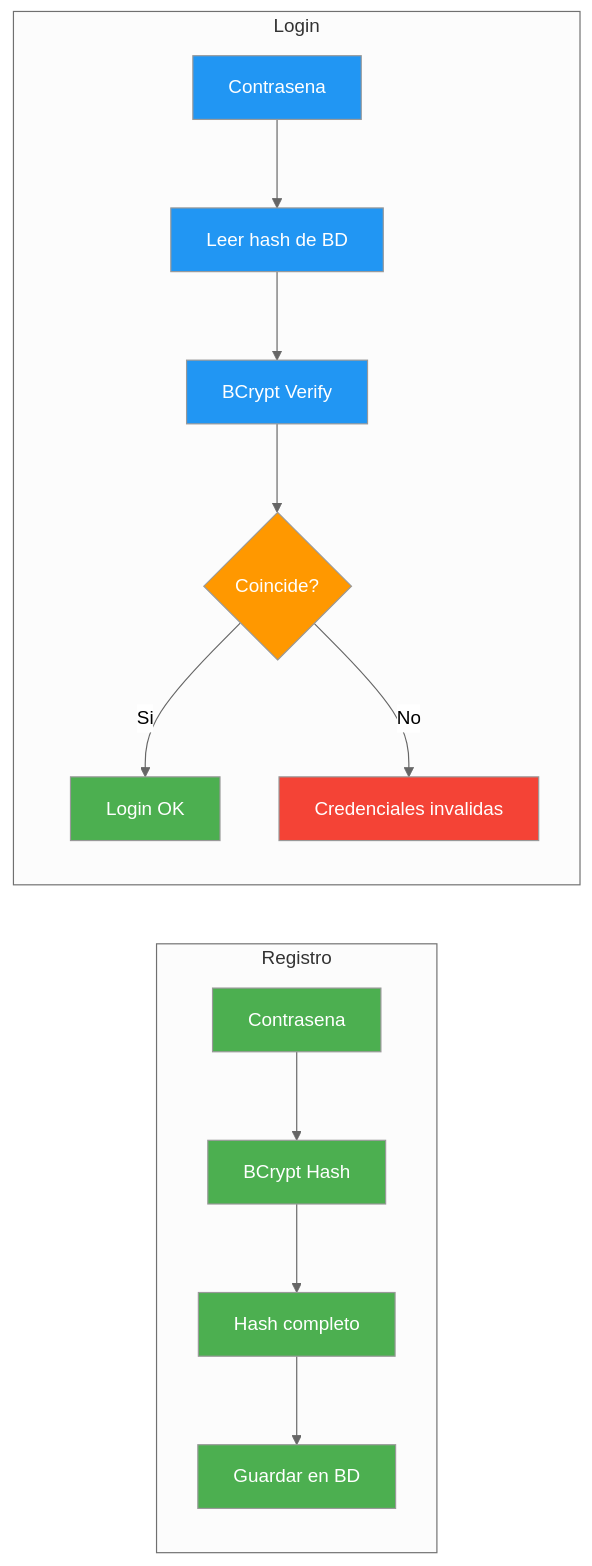
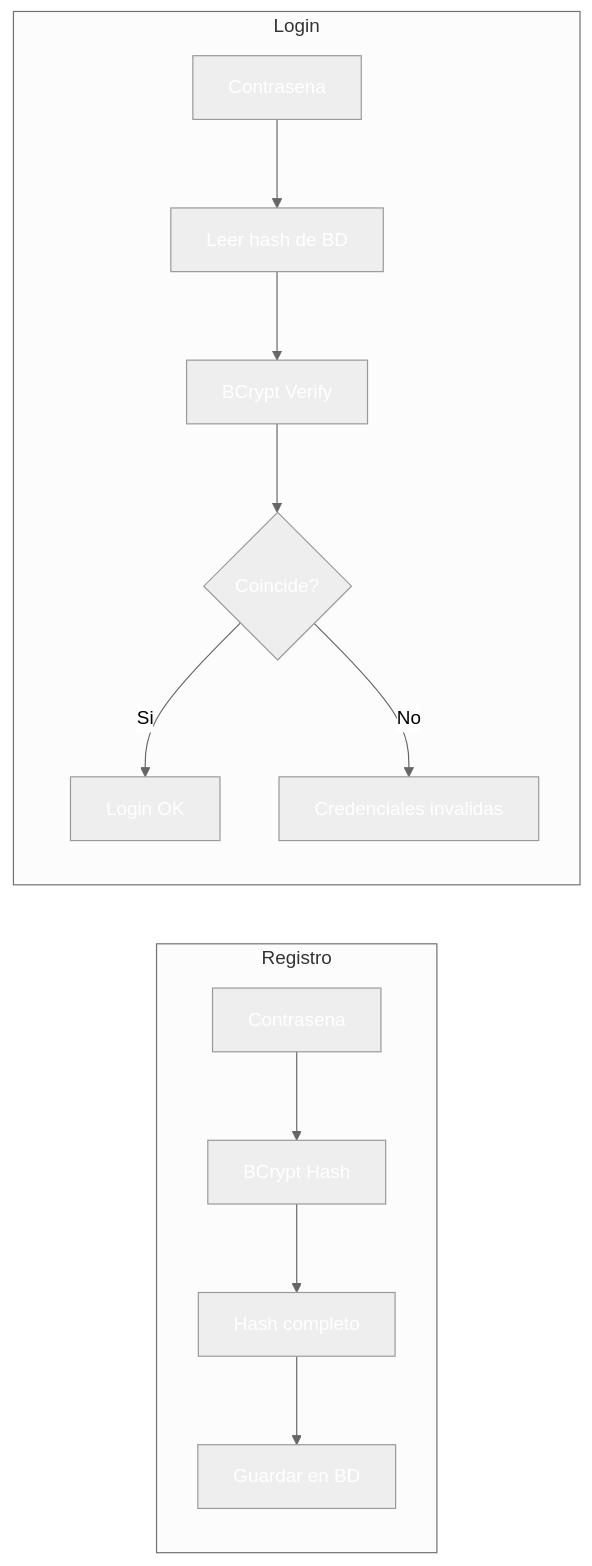
The ninth of 15 diagrams in 16-autenticacion.md (joseluisgs/DesarrolloWebEntornosServidor-02-2026-2027), drawn with Mermaid (neutral theme) before and after one commit. The commit also changed other lines of this file and 41 other files, not shown here.

````diff
--- a/16-autenticacion.md
+++ b/16-autenticacion.md
@@ -441,27 +441,27 @@
 ```mermaid
 flowchart LR
     subgraph Registro
         R1[Contrasena] --> R2[BCrypt Hash]
         R2 --> R3[Hash completo]
         R3 --> R4[Guardar en BD]
     end
 
     subgraph Login
         L1[Contrasena] --> L2[Leer hash de BD]
         L2 --> L3[BCrypt Verify]
         L3 --> L4{Coincide?}
         L4 -->|Si| L5[Login OK]
         L4 -->|No| L6[Credenciales invalidas]
     end
 
-    style R1 fill:#4CAF50,color:#fff
-    style R2 fill:#4CAF50,color:#fff
-    style R3 fill:#4CAF50,color:#fff
-    style R4 fill:#4CAF50,color:#fff
-    style L1 fill:#2196F3,color:#fff
-    style L2 fill:#2196F3,color:#fff
-    style L3 fill:#2196F3,color:#fff
-    style L4 fill:#FF9800,color:#fff
-    style L5 fill:#4CAF50,color:#fff
-    style L6 fill:#f44336,color:#fff
+    style R1 fill:#4CAF5,color:#fff0,color:#fff
+    style R2 fill:#4CAF5,color:#fff0,color:#fff
+    style R3 fill:#4CAF5,color:#fff0,color:#fff
+    style R4 fill:#4CAF5,color:#fff0,color:#fff
+    style L1 fill:#2196F,color:#fff3,color:#fff
+    style L2 fill:#2196F,color:#fff3,color:#fff
+    style L3 fill:#2196F,color:#fff3,color:#fff
+    style L4 fill:#FF980,color:#fff0,color:#fff
+    style L5 fill:#4CAF5,color:#fff0,color:#fff
+    style L6 fill:#f4433,color:#fff6,color:#fff
 ```
````
